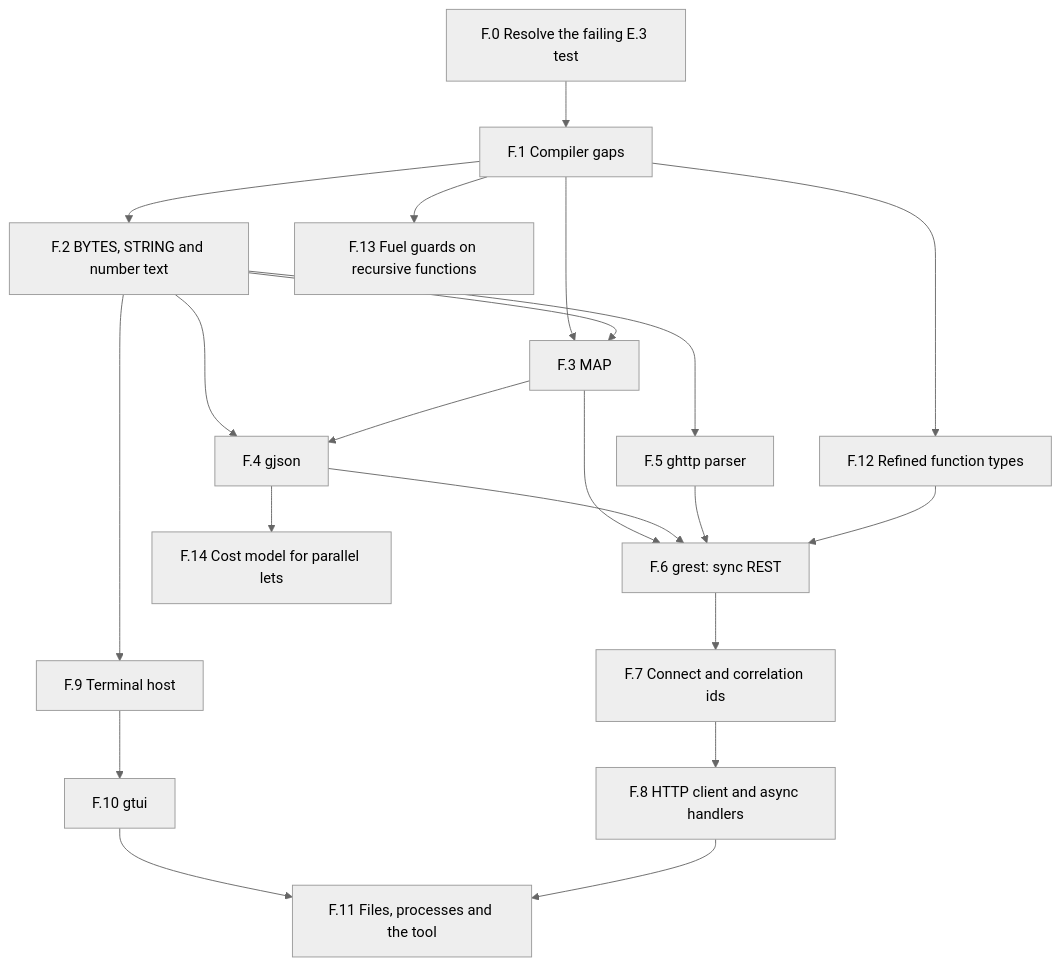
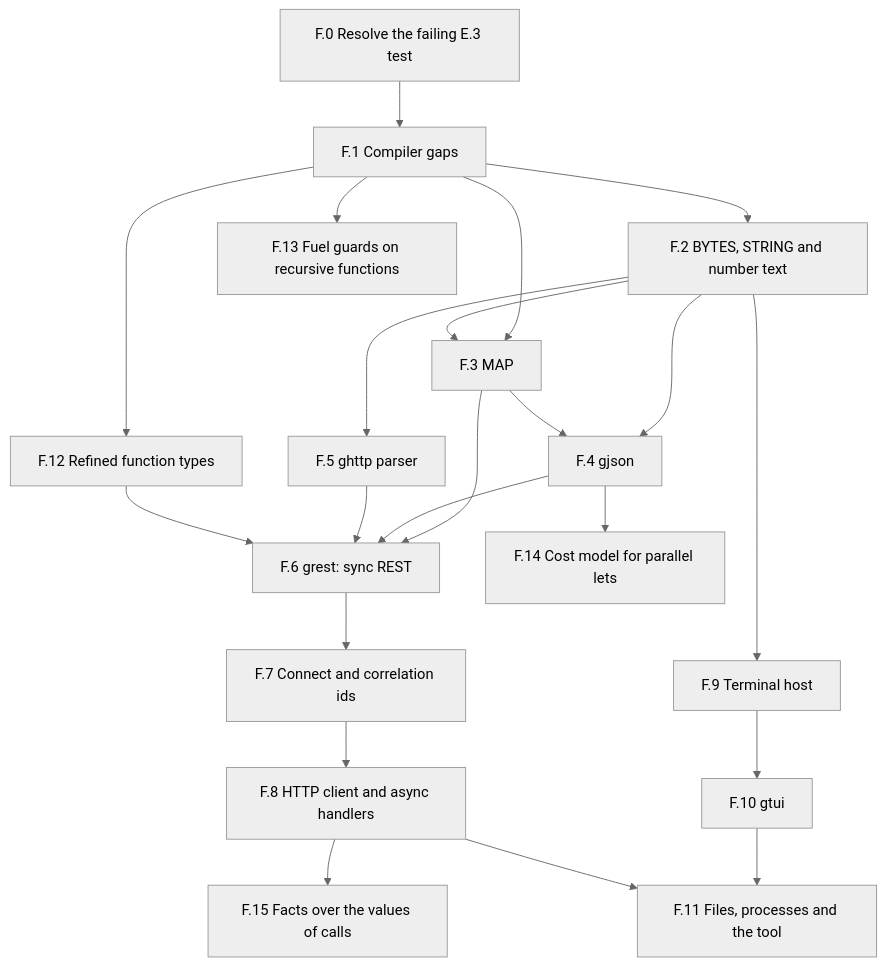
Before and after one commit to GardelPL/gardel: the diagram in plan/libraries/verified_libraries.md, drawn with Mermaid (neutral theme). The commit also changed other lines of this file and 17 other files, not shown here.

````diff
--- a/plan/libraries/verified_libraries.md
+++ b/plan/libraries/verified_libraries.md
@@ -54,30 +54,31 @@
 ```mermaid
 flowchart TD
     F0["F.0 Resolve the failing E.3 test"]
     F1["F.1 Compiler gaps"]
     F2["F.2 BYTES, STRING and number text"]
     F3["F.3 MAP"]
     F4["F.4 gjson"]
     F5["F.5 ghttp parser"]
     F6["F.6 grest: sync REST"]
     F7["F.7 Connect and correlation ids"]
     F8["F.8 HTTP client and async handlers"]
     F9["F.9 Terminal host"]
     F10["F.10 gtui"]
     F11["F.11 Files, processes and the tool"]
     F0 --> F1 --> F2
     F1 --> F3
     F2 --> F3
     F2 --> F4
     F2 --> F5
     F3 --> F4
     F3 --> F6
     F4 --> F6
     F5 --> F6
     F1 --> F12["F.12 Refined function types"] --> F6
     F1 --> F13["F.13 Fuel guards on recursive functions"]
     F4 --> F14["F.14 Cost model for parallel lets"]
+    F8 --> F15["F.15 Facts over the values of calls"]
     F6 --> F7 --> F8
     F2 --> F9 --> F10 --> F11
     F8 --> F11
 ```
````
